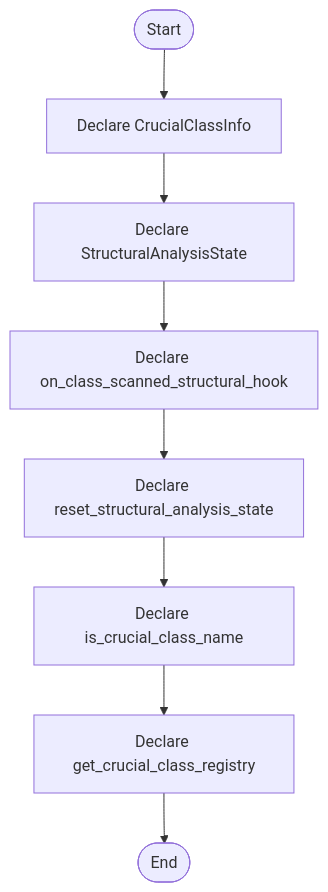
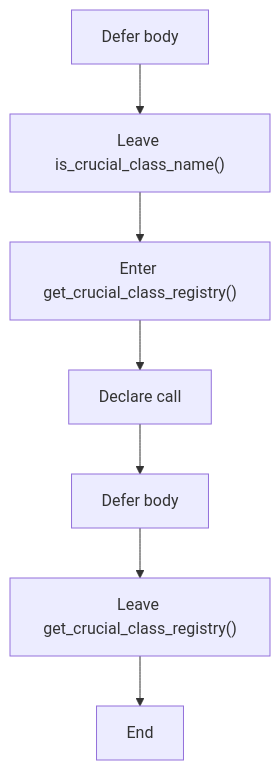
One commit to JohnAndrewBalbarosa/NeoTerritory changed the third of 9 diagrams in docs/Codebase/Microservice/Modules/Header/SyntacticBrokenAST/Language-and-Structure/lexical_structure_hooks.hpp.md. Above: the diagram before and after it, drawn with Mermaid. The commit also changed other lines of this file and 752 other files, not shown here.

````diff
--- a/docs/Codebase/Microservice/Modules/Header/SyntacticBrokenAST/Language-and-Structure/lexical_structure_hooks.hpp.md
+++ b/docs/Codebase/Microservice/Modules/Header/SyntacticBrokenAST/Language-and-Structure/lexical_structure_hooks.hpp.md
@@ -37,18 +73,16 @@
 ```mermaid
 flowchart TD
-    Start([Start])
-    N0[Declare CrucialClassInfo]
-    N1[Declare StructuralAnalysisState]
-    N2[Declare on_class_scanned_structural_hook]
-    N3[Declare reset_structural_analysis_state]
-    N4[Declare is_crucial_class_name]
-    N5[Declare get_crucial_class_registry]
-    End([End])
-    Start --> N0
+    N0["Defer body"]
+    N1["Leave is_crucial_class_name()"]
+    N2["Enter get_crucial_class_registry()"]
+    N3["Declare call"]
+    N4["Defer body"]
+    N5["Leave get_crucial_class_registry()"]
+    N6["End"]
     N0 --> N1
     N1 --> N2
     N2 --> N3
     N3 --> N4
     N4 --> N5
-    N5 --> End
+    N5 --> N6
 ```
````
